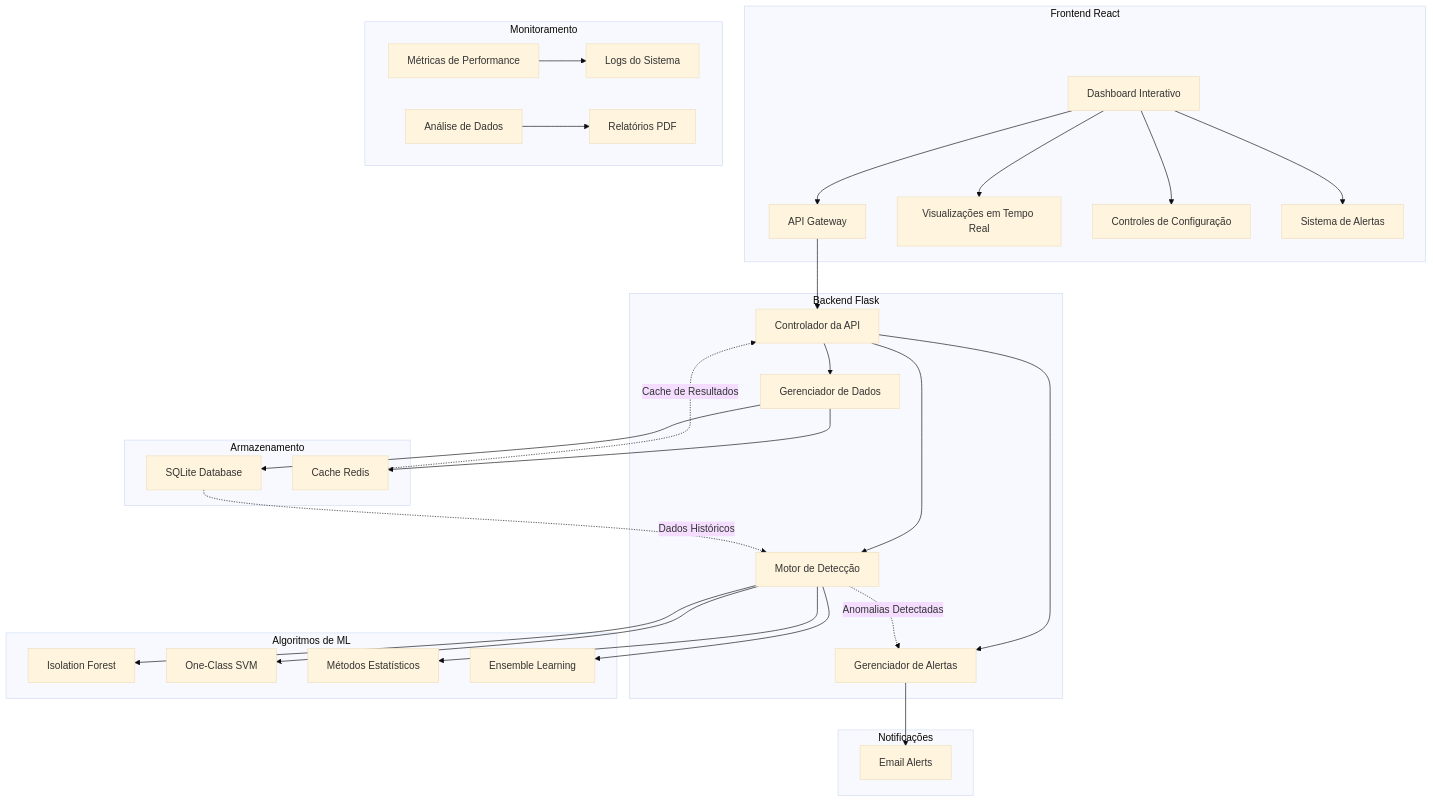
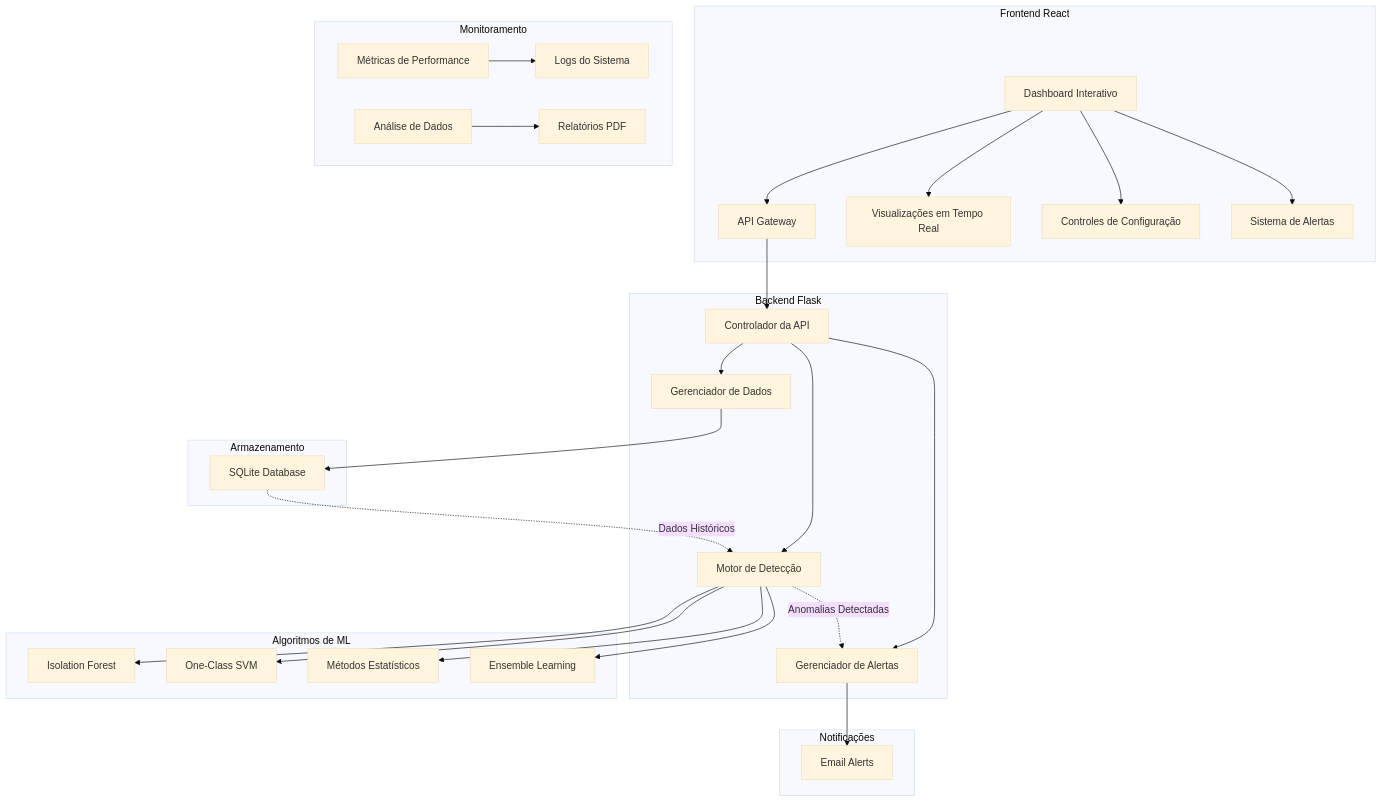
Before and after one commit to galafis/Anomaly-Detection-System: the first of 2 diagrams in README.md, drawn with Mermaid (base theme). The commit also changed other lines of this file and 12 other files, not shown here.

````diff
--- a/README.md
+++ b/README.md
@@ -131,41 +129,39 @@
 ```mermaid
 graph TD
     subgraph "Frontend React"
         A[Dashboard Interativo] --> B[API Gateway]
         A --> C[Visualizações em Tempo Real]
         A --> D[Controles de Configuração]
         A --> E[Sistema de Alertas]
     end
 
     subgraph "Backend Flask"
         B --> F[Controlador da API]
         F --> G[Motor de Detecção]
         F --> H[Gerenciador de Alertas]
         F --> I[Gerenciador de Dados]
     end
 
     subgraph "Algoritmos de ML"
         G --> J[Isolation Forest]
         G --> K[One-Class SVM]
         G --> L[Métodos Estatísticos]
         G --> M[Ensemble Learning]
     end
 
     subgraph "Armazenamento"
         I --> N[SQLite Database]
-        I --> O[Cache Redis]
     end
 
     subgraph "Notificações"
         H --> P[Email Alerts]
     end
 
     subgraph "Monitoramento"
         R[Métricas de Performance] --> S[Logs do Sistema]
         T[Análise de Dados] --> U[Relatórios PDF]
     end
 
     N -.->|Dados Históricos| G
-    O -.->|Cache de Resultados| F
     G -.->|Anomalias Detectadas| H
 ```
````
